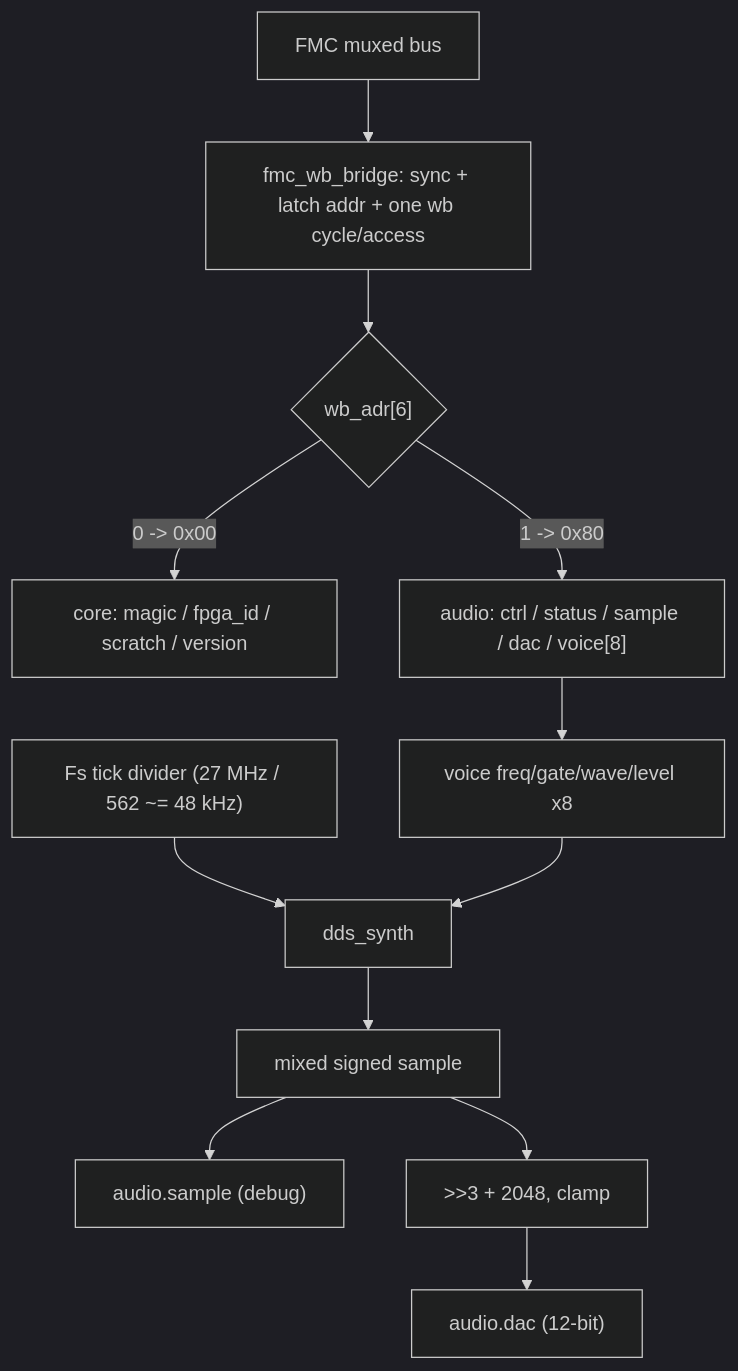
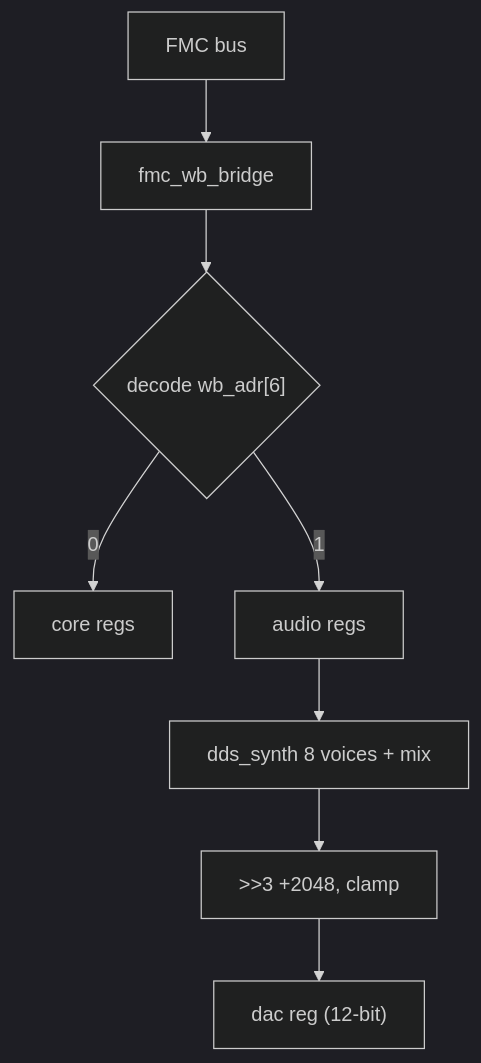
One commit to akielaries/signalmesh changed the third of 6 diagrams in docs/acm-synth-architecture.md. Above: the diagram before and after it, drawn with Mermaid (dark theme). The commit also changed other lines of this file and 17 other files, not shown here.

````diff
--- a/docs/acm-synth-architecture.md
+++ b/docs/acm-synth-architecture.md
@@ -134,14 +93,10 @@
 ```mermaid
 flowchart TD
-    FMC["FMC muxed bus"] --> BR["fmc_wb_bridge: sync + latch addr + one wb cycle/access"]
-    BR --> DEC{"wb_adr[6]"}
-    DEC -->|"0 -> 0x00"| CORE["core: magic / fpga_id / scratch / version"]
-    DEC -->|"1 -> 0x80"| AUDIO["audio: ctrl / status / sample / dac / voice[8]"]
-    AUDIO --> VBUS["voice freq/gate/wave/level x8"]
-    TICK["Fs tick divider (27 MHz / 562 ~= 48 kHz)"] --> DDS
-    VBUS --> DDS["dds_synth"]
-    DDS --> MIX["mixed signed sample"]
-    MIX --> SREG["audio.sample (debug)"]
-    MIX --> CONV[">>3 + 2048, clamp"]
-    CONV --> DACREG["audio.dac (12-bit)"]
+    FMC["FMC bus"] --> BR["fmc_wb_bridge"]
+    BR --> DEC{"decode wb_adr[6]"}
+    DEC -->|"0"| CORE["core regs"]
+    DEC -->|"1"| AUDIO["audio regs"]
+    AUDIO --> DDS["dds_synth 8 voices + mix"]
+    DDS --> CONV[">>3 +2048, clamp"]
+    CONV --> DACREG["dac reg (12-bit)"]
 ```
````
